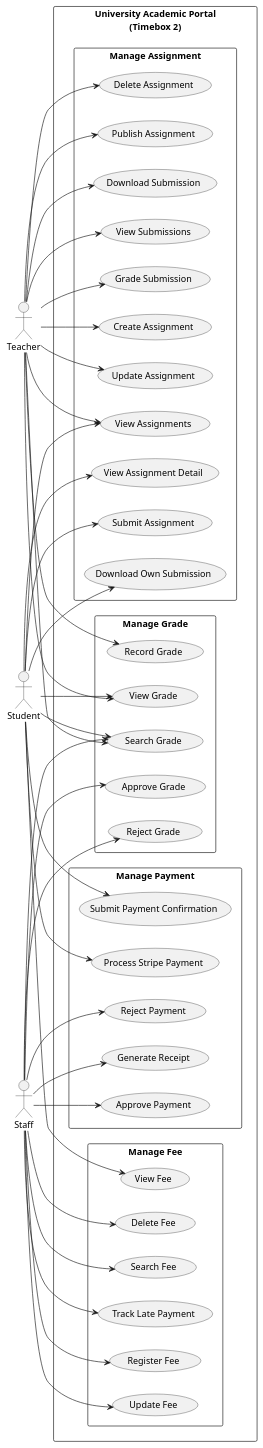
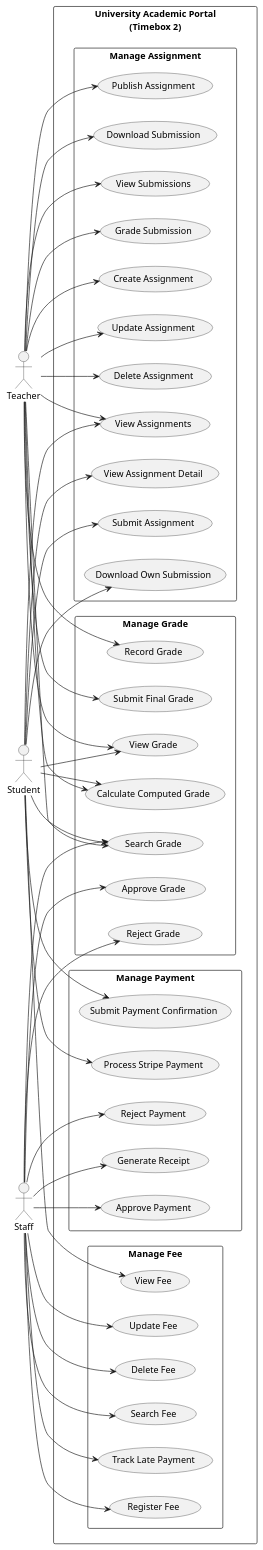
Before and after one commit to KyawMyoHtay1/academic-portal: the diagram in docs/TIMEBOX2_USE_CASE_DIAGRAM.md, drawn with PlantUML. The commit also changed other lines of this file and 3 other files, not shown here.

```diff
--- a/docs/TIMEBOX2_USE_CASE_DIAGRAM.md
+++ b/docs/TIMEBOX2_USE_CASE_DIAGRAM.md
@@ -21,6 +21,8 @@
     usecase "Reject Grade" as UC_RejectGrade
     usecase "View Grade" as UC_ViewGrade
     usecase "Search Grade" as UC_SearchGrade
+    usecase "Calculate Computed Grade" as UC_CalculateComputedGrade
+    usecase "Submit Final Grade" as UC_SubmitFinalGrade
   }
 
   rectangle "Manage Fee" {
@@ -57,6 +59,7 @@
 
 Student --> UC_ViewGrade
 Student --> UC_SearchGrade
+Student --> UC_CalculateComputedGrade
 Student --> UC_ViewFee
 Student --> UC_SubmitPayment
 Student --> UC_StripePayment
@@ -68,6 +71,8 @@
 Teacher --> UC_RecordGrade
 Teacher --> UC_ViewGrade
 Teacher --> UC_SearchGrade
+Teacher --> UC_CalculateComputedGrade
+Teacher --> UC_SubmitFinalGrade
 Teacher --> UC_CreateAssignment
 Teacher --> UC_UpdateAssignment
 Teacher --> UC_DeleteAssignment
```
